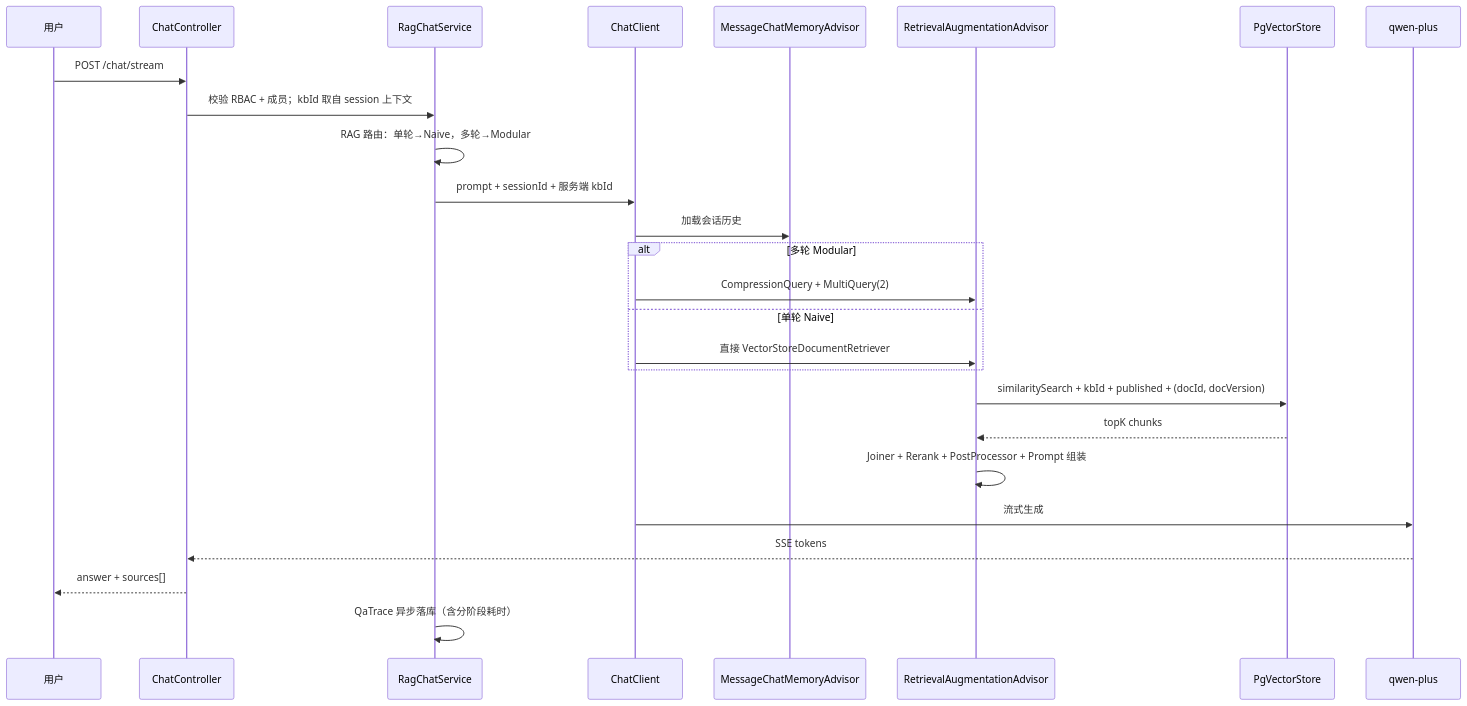
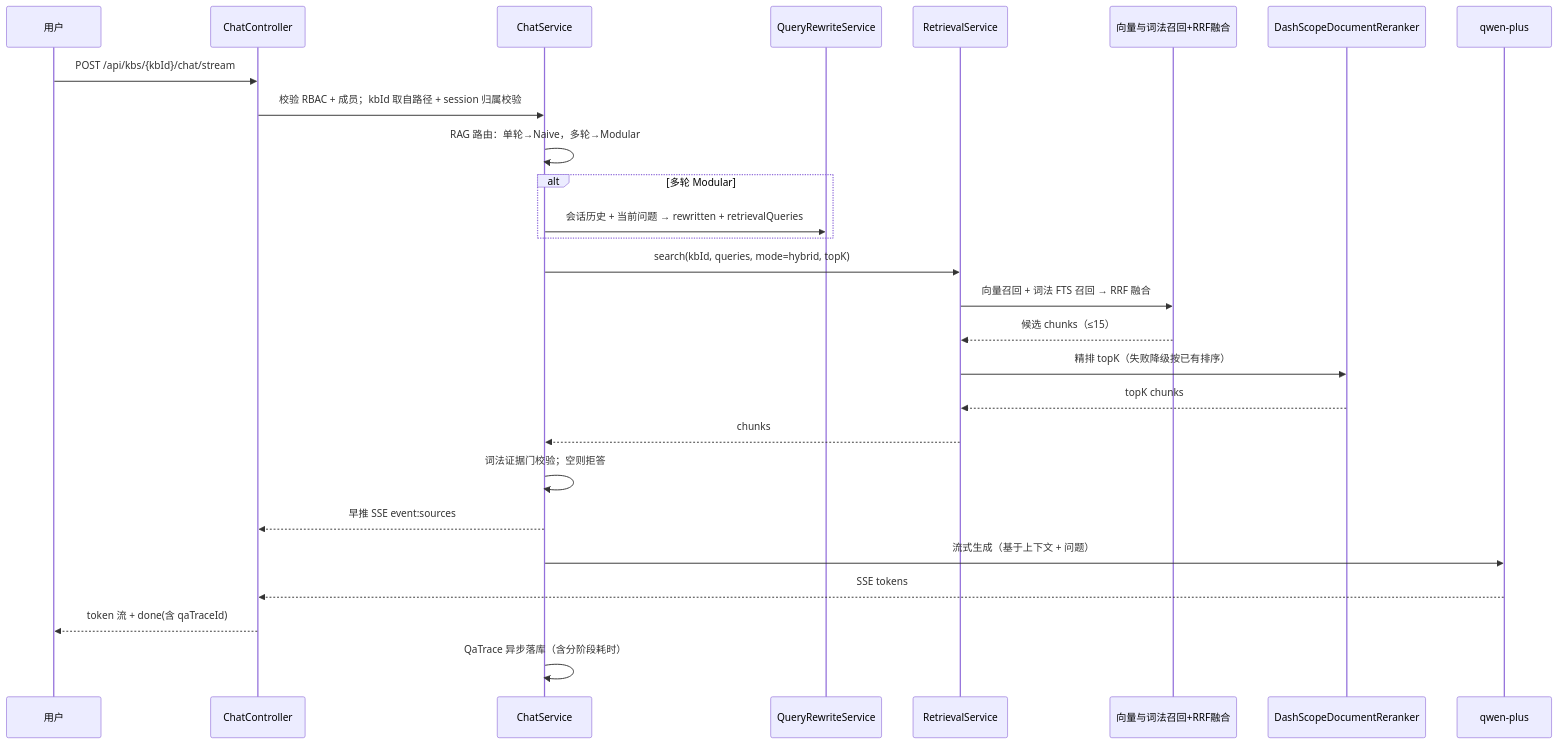
One commit to codeson-1/KnowSource changed the fifth of 11 diagrams in docs/architecture/KnowSource-RAG-架构设计文档.md. Above: the diagram before and after it, drawn with Mermaid. The commit also changed other lines of this file and 9 other files, not shown here.

First line of the commit message:
docs: update architecture and spike documentation

````diff
--- a/docs/architecture/KnowSource-RAG-架构设计文档.md
+++ b/docs/architecture/KnowSource-RAG-架构设计文档.md
@@ -405,30 +422,30 @@
 ```mermaid
 sequenceDiagram
     participant U as 用户
     participant API as ChatController
-    participant Svc as RagChatService
-    participant CC as ChatClient
-    participant Mem as MessageChatMemoryAdvisor
-    participant RAG as RetrievalAugmentationAdvisor
-    participant VS as PgVectorStore
+    participant Svc as ChatService
+    participant QR as QueryRewriteService
+    participant Ret as RetrievalService
+    participant SR as 向量与词法召回+RRF融合
+    participant RK as DashScopeDocumentReranker
     participant LLM as qwen-plus
 
-    U->>API: POST /chat/stream
-    API->>Svc: 校验 RBAC + 成员；kbId 取自 session 上下文
+    U->>API: POST /api/kbs/{kbId}/chat/stream
+    API->>Svc: 校验 RBAC + 成员；kbId 取自路径 + session 归属校验
     Svc->>Svc: RAG 路由：单轮→Naive，多轮→Modular
-    Svc->>CC: prompt + sessionId + 服务端 kbId
-
-    CC->>Mem: 加载会话历史
     alt 多轮 Modular
-        CC->>RAG: CompressionQuery + MultiQuery(2)
-    else 单轮 Naive
-        CC->>RAG: 直接 VectorStoreDocumentRetriever
+        Svc->>QR: 会话历史 + 当前问题 → rewritten + retrievalQueries
     end
-    RAG->>VS: similaritySearch + kbId + published + (docId, docVersion)
-    VS-->>RAG: topK chunks
-    RAG->>RAG: Joiner + Rerank + PostProcessor + Prompt 组装
-    CC->>LLM: 流式生成
+    Svc->>Ret: search(kbId, queries, mode=hybrid, topK)
+    Ret->>SR: 向量召回 + 词法 FTS 召回 → RRF 融合
+    SR-->>Ret: 候选 chunks（≤15）
+    Ret->>RK: 精排 topK（失败降级按已有排序）
+    RK-->>Ret: topK chunks
+    Ret-->>Svc: chunks
+    Svc->>Svc: 词法证据门校验；空则拒答
+    Svc-->>API: 早推 SSE event:sources
+    Svc->>LLM: 流式生成（基于上下文 + 问题）
     LLM-->>API: SSE tokens
-    API-->>U: answer + sources[]
+    API-->>U: token 流 + done(含 qaTraceId)
     Svc->>Svc: QaTrace 异步落库（含分阶段耗时）
 ```
````
